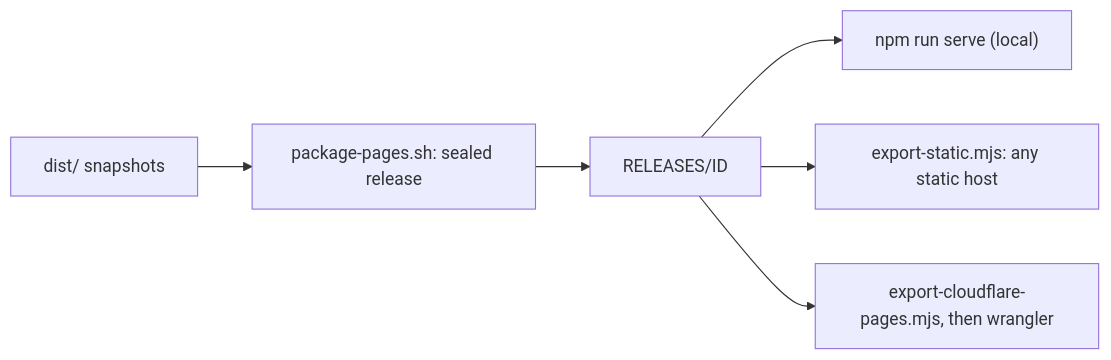
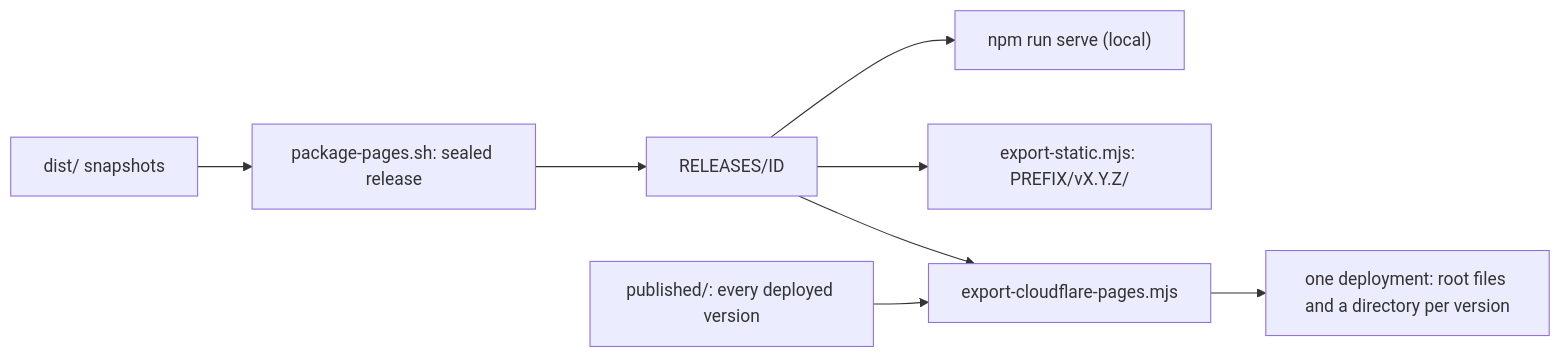
One commit to daugasauron/dolly changed the diagram in docs/deployment.md. Above: the diagram before and after it, drawn with Mermaid. The commit also changed other lines of this file and 4 other files, not shown here.

First line of the commit message:
Release by version: the checklist script, pages.yml takes the tag, deployment.md

````diff
--- a/docs/deployment.md
+++ b/docs/deployment.md
@@ -9,8 +11,10 @@
 ```mermaid
 flowchart LR
   images["dist/ snapshots"] --> pkg["package-pages.sh: sealed release"]
   pkg --> rel["RELEASES/ID"]
   rel --> serve["npm run serve (local)"]
-  rel --> static["export-static.mjs: any static host"]
-  rel --> cf["export-cloudflare-pages.mjs, then wrangler"]
+  rel --> static["export-static.mjs: PREFIX/vX.Y.Z/"]
+  rel --> cf["export-cloudflare-pages.mjs"]
+  archive["published/: every deployed version"] --> cf
+  cf --> deployment["one deployment: root files and a directory per version"]
 ```
````
